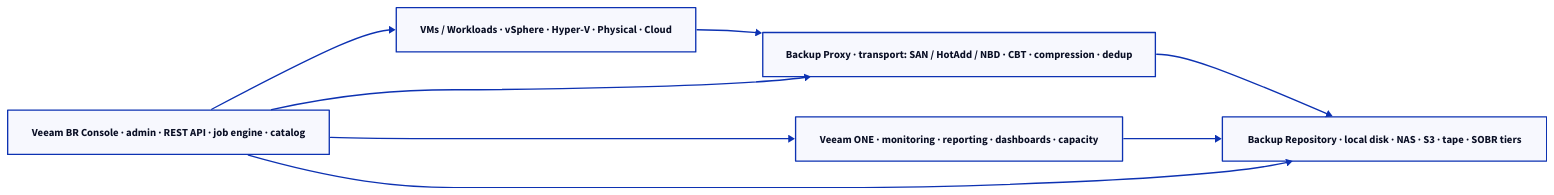
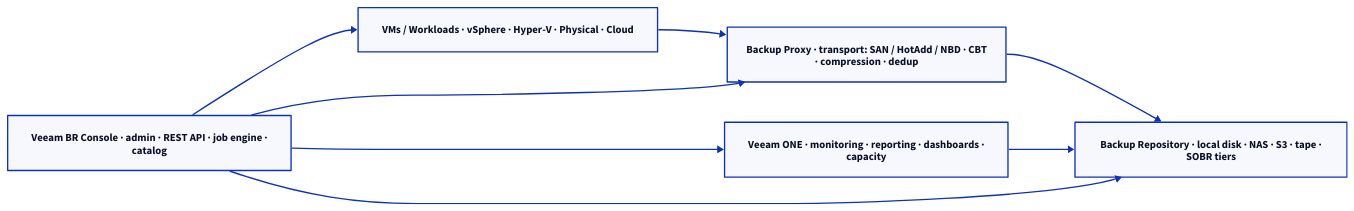
The diagram in docs/backup/veeam/architecture/how-it-works/index.md (canast01/chris-kb), drawn with D2 before and after one commit. The commit also changed 192 other files, not shown here.

````diff
--- a/docs/backup/veeam/architecture/how-it-works/index.md
+++ b/docs/backup/veeam/architecture/how-it-works/index.md
@@ -20,17 +20,17 @@
 ```d2
 direction: right
 
 VMs: "VMs / Workloads · vSphere · Hyper-V · Physical · Cloud" {shape: rectangle}
-Proxy: "Backup Proxy · transport: SAN / HotAdd / NBD · CBT · compression · dedup" {shape: rectangle}
-Repo: "Backup Repository · local disk · NAS · S3 · tape · SOBR tiers" {shape: rectangle}
-VeeamONE: "Veeam ONE · monitoring · reporting · dashboards · capacity" {shape: rectangle}
-Console: "Veeam BR Console · admin · REST API · job engine · catalog" {shape: rectangle}
+Proxy: "Backup Proxy · transport: SAN / HotAdd / NBD · CBT\n· compression · dedup" {shape: rectangle}
+Repo: "Backup Repository · local disk · NAS · S3 · tape ·\nSOBR tiers" {shape: rectangle}
+VeeamONE: "Veeam ONE · monitoring · reporting · dashboards ·\ncapacity" {shape: rectangle}
+Console: "Veeam BR Console · admin · REST API · job engine ·\ncatalog" {shape: rectangle}
 
 VMs -> Proxy
 Proxy -> Repo
 VeeamONE -> Repo
 Console -> VMs
 Console -> Proxy
 Console -> Repo
 Console -> VeeamONE
 ```
````
